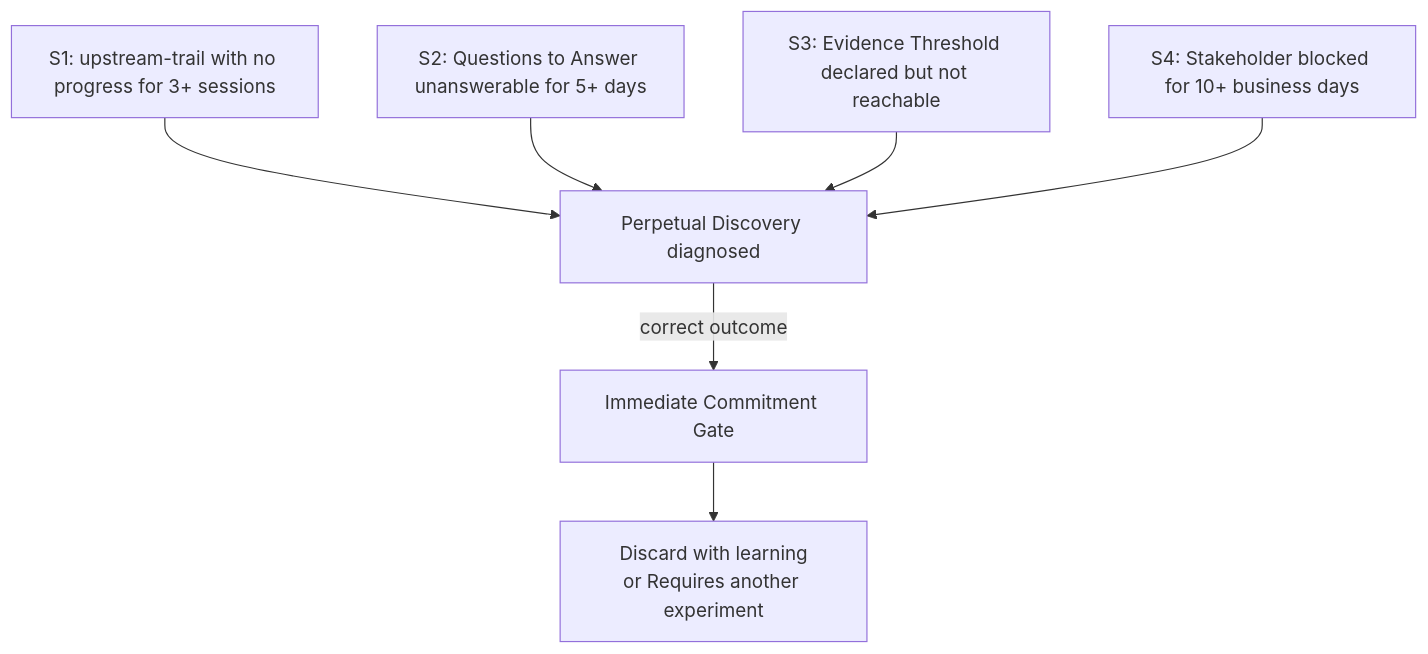
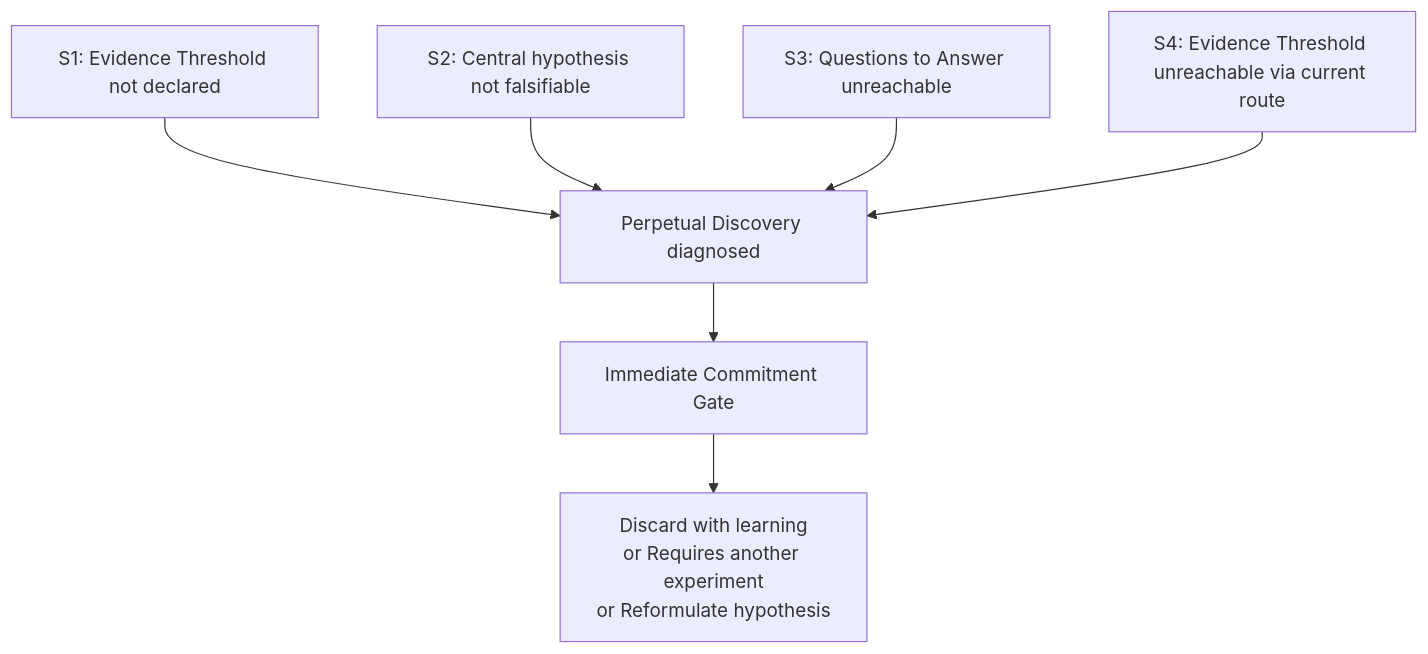
Before and after one commit to produtoreativo/from-intent-to-outcome: the second of 3 diagrams in en/chapter-05.md, drawn with Mermaid. The commit also changed other lines of this file and 3 other files, not shown here.

First line of the commit message:
refactor(cap05/09): redefine Perpetual Discovery por indicadores de parada

````diff
--- a/en/chapter-05.md
+++ b/en/chapter-05.md
@@ -99,10 +99,13 @@
 ```mermaid
 graph TD
-    S1["S1: upstream-trail with no progress for 3+ sessions"]
-    S2["S2: Questions to Answer unanswerable for 5+ days"]
-    S3["S3: Evidence Threshold declared but not reachable"]
-    S4["S4: Stakeholder blocked for 10+ business days"]
-    S1 & S2 & S3 & S4 --> PD["Perpetual Discovery diagnosed"]
-    PD --> |"correct outcome"| CG["Immediate Commitment Gate"]
-    CG --> D["Discard with learning\nor Requires another experiment"]
+    S1["S1: Evidence Threshold not declared"]
+    S2["S2: Central hypothesis not falsifiable"]
+    S3["S3: Questions to Answer unreachable"]
+    S4["S4: Evidence Threshold unreachable via current route"]
+    S1 --> PD["Perpetual Discovery diagnosed"]
+    S2 --> PD
+    S3 --> PD
+    S4 --> PD
+    PD --> CG["Immediate Commitment Gate"]
+    CG --> D["Discard with learning\nor Requires another experiment\nor Reformulate hypothesis"]
 ```
````
